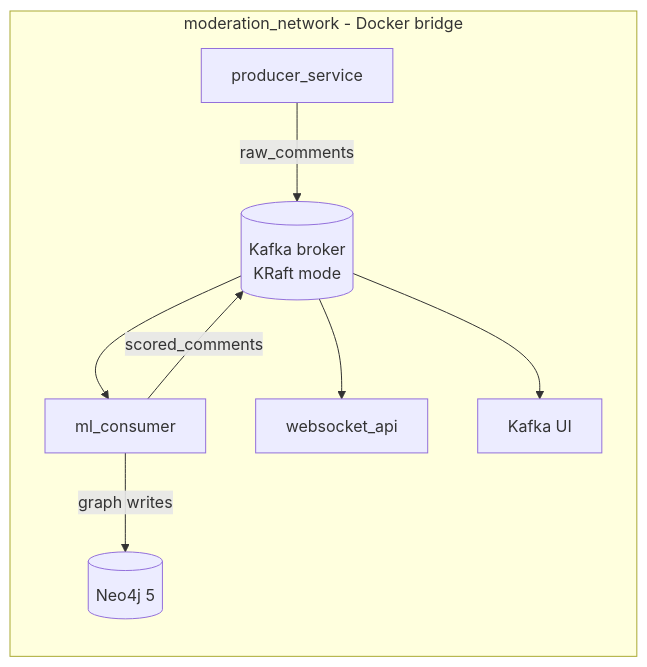
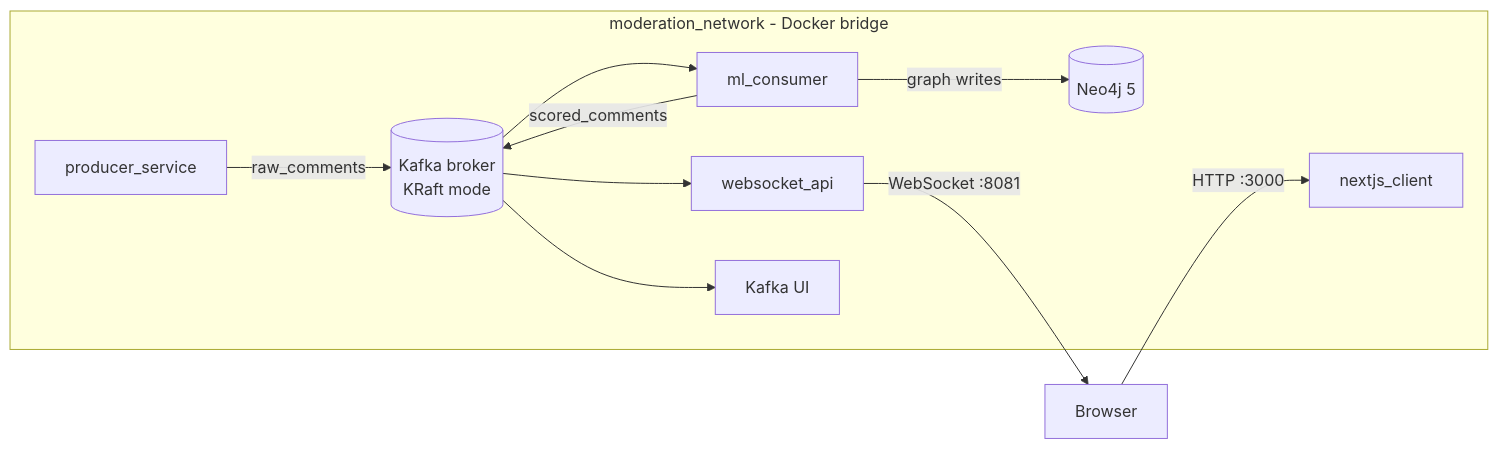
The diagram in docs/architecture.md (mj-weshh/realtime-moderation-engine), drawn with Mermaid before and after one commit. The commit also changed other lines of this file and 8 other files, not shown here.

````diff
--- a/docs/architecture.md
+++ b/docs/architecture.md
@@ -7,18 +7,23 @@
 ```mermaid
 flowchart LR
     subgraph modNet [moderation_network - Docker bridge]
         producer[producer_service]
         kafka[(Kafka broker<br/>KRaft mode)]
         consumer[ml_consumer]
         wsapi[websocket_api]
+        nextjs[nextjs_client]
         kafkaui[Kafka UI]
         neo4j[(Neo4j 5)]
     end
+
+    browser[Browser]
 
     producer -- "raw_comments" --> kafka
     kafka --> consumer
     consumer -- "graph writes" --> neo4j
     consumer -- "scored_comments" --> kafka
     kafka --> wsapi
     kafka --> kafkaui
+    wsapi -- "WebSocket :8081" --> browser
+    browser -- "HTTP :3000" --> nextjs
 ```
````
